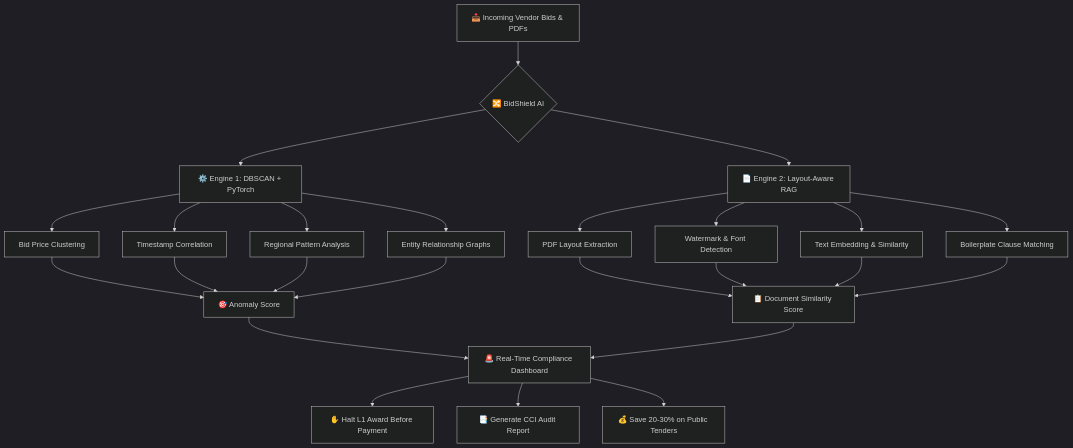
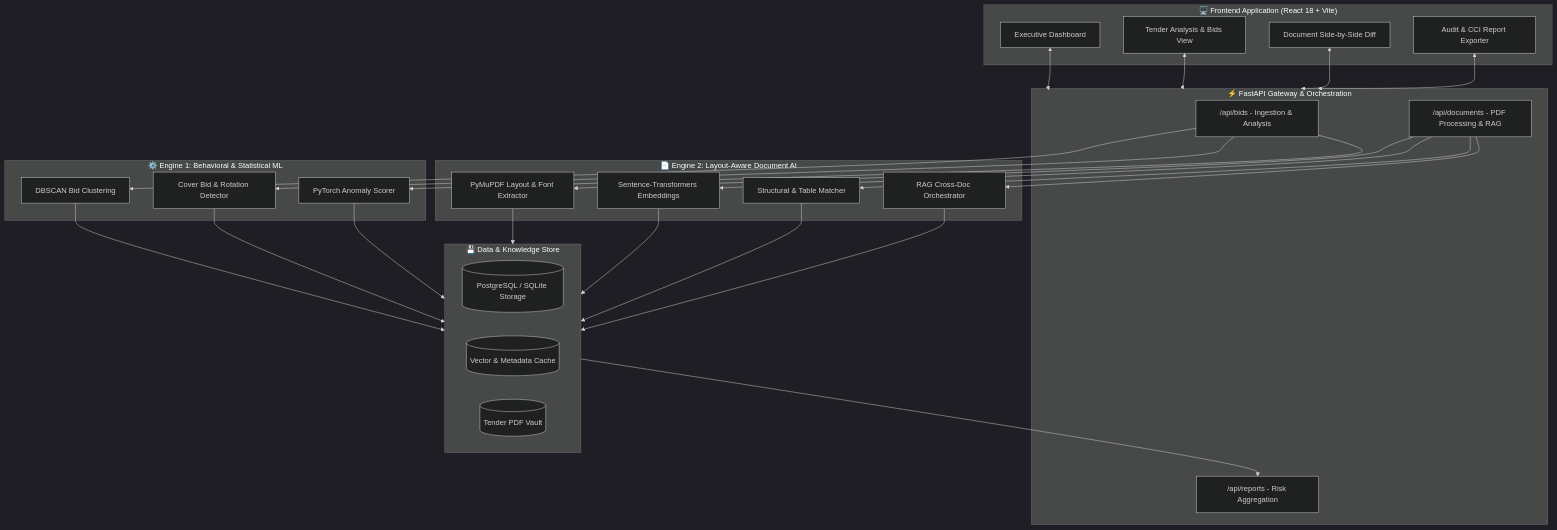
One commit to siddhivinayak-ai/dev-nexus-sih-2026 changed the diagram in README.md. Above: the diagram before and after it, drawn with Mermaid (dark theme). The commit also changed other lines of this file, not shown here.

````diff
--- a/README.md
+++ b/README.md
@@ -191,24 +81,43 @@
 ```mermaid
-graph TD
-    A["📥 Incoming Vendor Bids & PDFs"] --> B{"🔀 BidShield AI"}
-    B --> C["⚙️ Engine 1: DBSCAN + PyTorch"]
-    B --> D["📄 Engine 2: Layout-Aware RAG"]
-    
-    C --> C1["Bid Price Clustering"]
-    C --> C2["Timestamp Correlation"]
-    C --> C3["Regional Pattern Analysis"]
-    C --> C4["Entity Relationship Graphs"]
-    
-    D --> D1["PDF Layout Extraction"]
-    D --> D2["Watermark & Font Detection"]
-    D --> D3["Text Embedding & Similarity"]
-    D --> D4["Boilerplate Clause Matching"]
-    
-    C1 & C2 & C3 & C4 --> E["🎯 Anomaly Score"]
-    D1 & D2 & D3 & D4 --> F["📋 Document Similarity Score"]
-    
-    E & F --> G["🚨 Real-Time Compliance Dashboard"]
-    G --> H["✋ Halt L1 Award Before Payment"]
-    G --> I["📑 Generate CCI Audit Report"]
-    G --> J["💰 Save 20-30% on Public Tenders"]
+flowchart TB
+    subgraph ClientLayer["🖥️ Frontend Application (React 18 + Vite)"]
+        UI_Dash["Executive Dashboard"]
+        UI_Details["Tender Analysis & Bids View"]
+        UI_DocComp["Document Side-by-Side Diff"]
+        UI_Report["Audit & CCI Report Exporter"]
+    end
+
+    subgraph APILayer["⚡ FastAPI Gateway & Orchestration"]
+        API_Bids["/api/bids - Ingestion & Analysis"]
+        API_Docs["/api/documents - PDF Processing & RAG"]
+        API_Reports["/api/reports - Risk Aggregation"]
+    end
+
+    subgraph Engine1["⚙️ Engine 1: Behavioral & Statistical ML"]
+        DBSCAN["DBSCAN Bid Clustering"]
+        PatternEng["Cover Bid & Rotation Detector"]
+        NeuralScore["PyTorch Anomaly Scorer"]
+    end
+
+    subgraph Engine2["📄 Engine 2: Layout-Aware Document AI"]
+        PDFParser["PyMuPDF Layout & Font Extractor"]
+        EmbedEngine["Sentence-Transformers Embeddings"]
+        SimEngine["Structural & Table Matcher"]
+        RAGPipeline["RAG Cross-Doc Orchestrator"]
+    end
+
+    subgraph StorageLayer["💾 Data & Knowledge Store"]
+        DB[(PostgreSQL / SQLite Storage)]
+        VectorDB[(Vector & Metadata Cache)]
+        DocStore[(Tender PDF Vault)]
+    end
+
+    UI_Dash & UI_Details & UI_DocComp & UI_Report <--> APILayer
+
+    API_Bids --> DBSCAN & PatternEng & NeuralScore
+    API_Docs --> PDFParser & EmbedEngine & SimEngine & RAGPipeline
+
+    DBSCAN & PatternEng & NeuralScore --> StorageLayer
+    PDFParser & EmbedEngine & SimEngine & RAGPipeline --> StorageLayer
+    StorageLayer --> API_Reports
 ```
````
